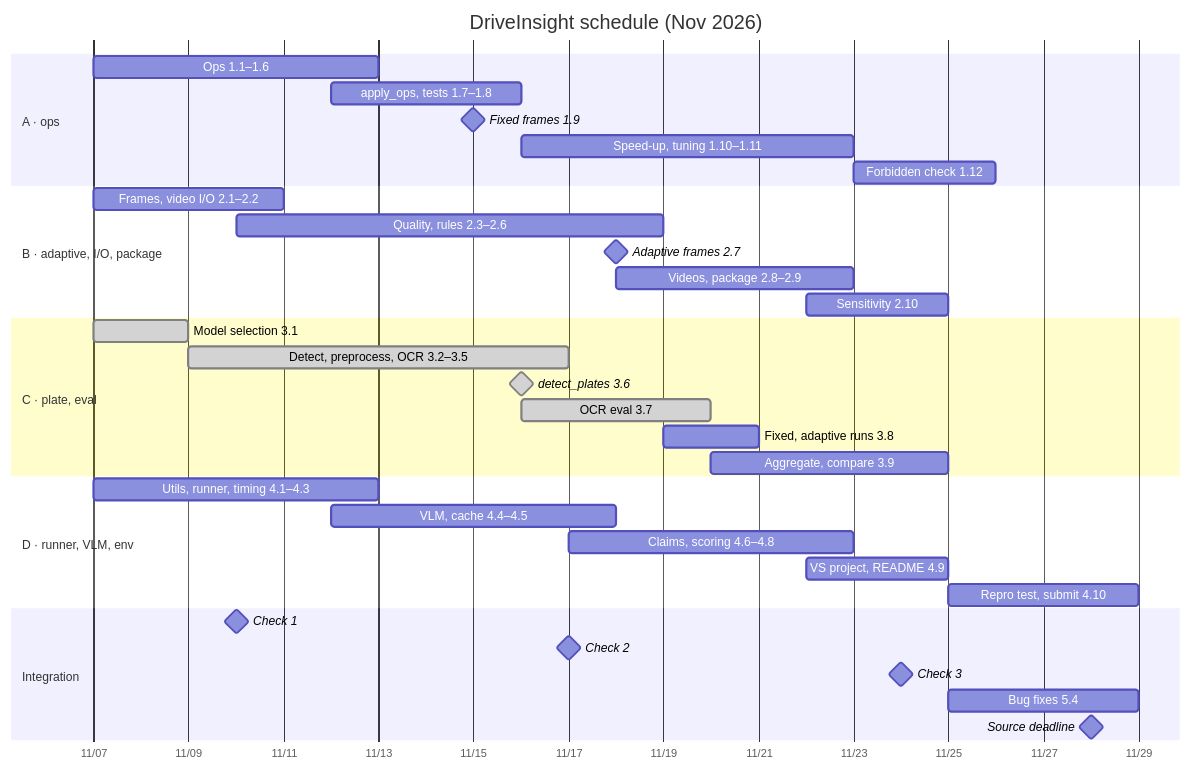
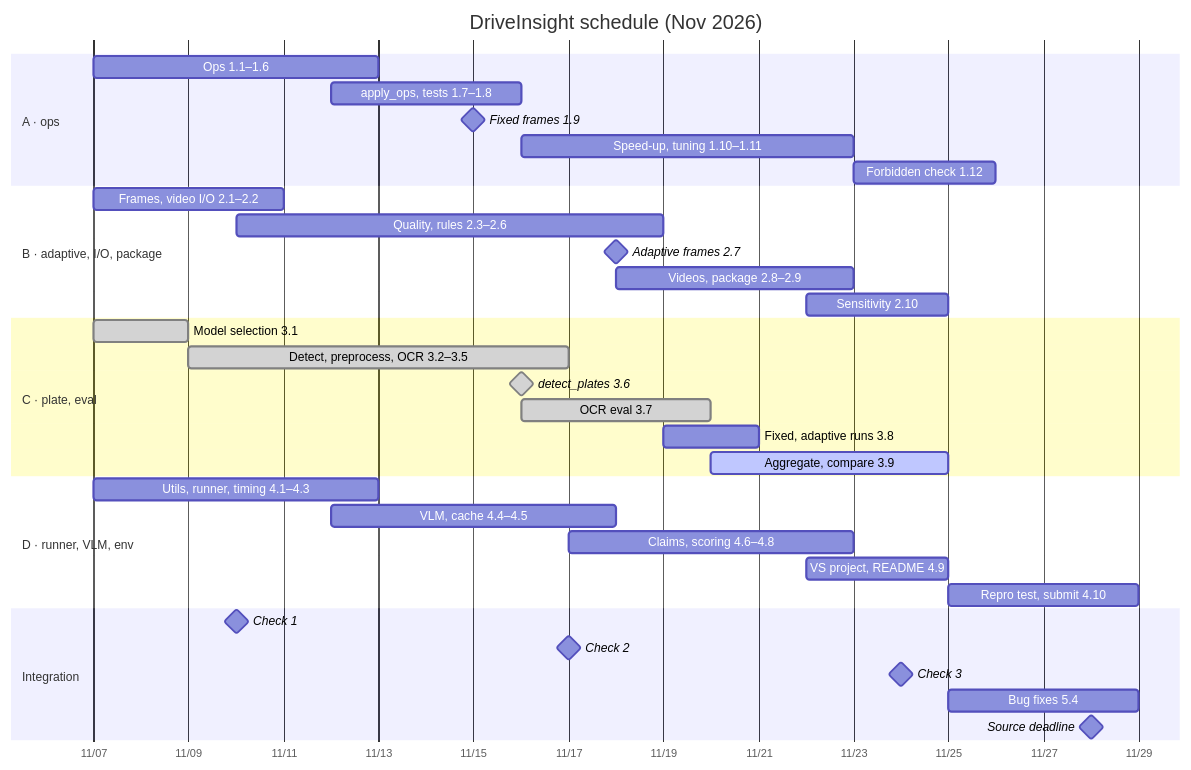
The diagram in docs/plan/team_plan.md (ImageProcessing-DriveInsight/drive_insight), drawn with Mermaid before and after one commit. The commit also changed other lines of this file and 5 other files, not shown here.

````diff
--- a/docs/plan/team_plan.md
+++ b/docs/plan/team_plan.md
@@ -177,37 +182,37 @@
 ```mermaid
 gantt
     title DriveInsight schedule (Nov 2026)
     dateFormat YYYY-MM-DD
     axisFormat %m/%d
     section A · ops
     Ops 1.1–1.6                    :a1, 2026-11-07, 2026-11-13
     apply_ops, tests 1.7–1.8       :a2, 2026-11-12, 2026-11-16
     Fixed frames 1.9               :milestone, a3, 2026-11-15, 0d
     Speed-up, tuning 1.10–1.11     :a4, 2026-11-16, 2026-11-23
     Forbidden check 1.12           :a5, 2026-11-23, 2026-11-26
     section B · adaptive, I/O, package
     Frames, video I/O 2.1–2.2      :b1, 2026-11-07, 2026-11-11
     Quality, rules 2.3–2.6         :b2, 2026-11-10, 2026-11-19
     Adaptive frames 2.7            :milestone, b3, 2026-11-18, 0d
     Videos, package 2.8–2.9        :b4, 2026-11-18, 2026-11-23
     Sensitivity 2.10               :b5, 2026-11-22, 2026-11-25
     section C · plate, eval
     Model selection 3.1            :done, c1, 2026-11-07, 2026-11-09
     Detect, preprocess, OCR 3.2–3.5 :done, c2, 2026-11-09, 2026-11-17
     detect_plates 3.6              :milestone, done, c3, 2026-11-16, 0d
     OCR eval 3.7                   :done, c4, 2026-11-16, 2026-11-20
     Fixed, adaptive runs 3.8       :c5, 2026-11-19, 2026-11-21
-    Aggregate, compare 3.9         :c6, 2026-11-20, 2026-11-25
+    Aggregate, compare 3.9         :active, c6, 2026-11-20, 2026-11-25
     section D · runner, VLM, env
     Utils, runner, timing 4.1–4.3  :d1, 2026-11-07, 2026-11-13
     VLM, cache 4.4–4.5             :d2, 2026-11-12, 2026-11-18
     Claims, scoring 4.6–4.8        :d3, 2026-11-17, 2026-11-23
     VS project, README 4.9         :d4, 2026-11-22, 2026-11-25
     Repro test, submit 4.10        :d5, 2026-11-25, 2026-11-29
     section Integration
     Check 1                        :milestone, i1, 2026-11-10, 0d
     Check 2                        :milestone, i2, 2026-11-17, 0d
     Check 3                        :milestone, i3, 2026-11-24, 0d
     Bug fixes 5.4                  :i4, 2026-11-25, 2026-11-29
     Source deadline                :milestone, i5, 2026-11-28, 0d
 ```
````
